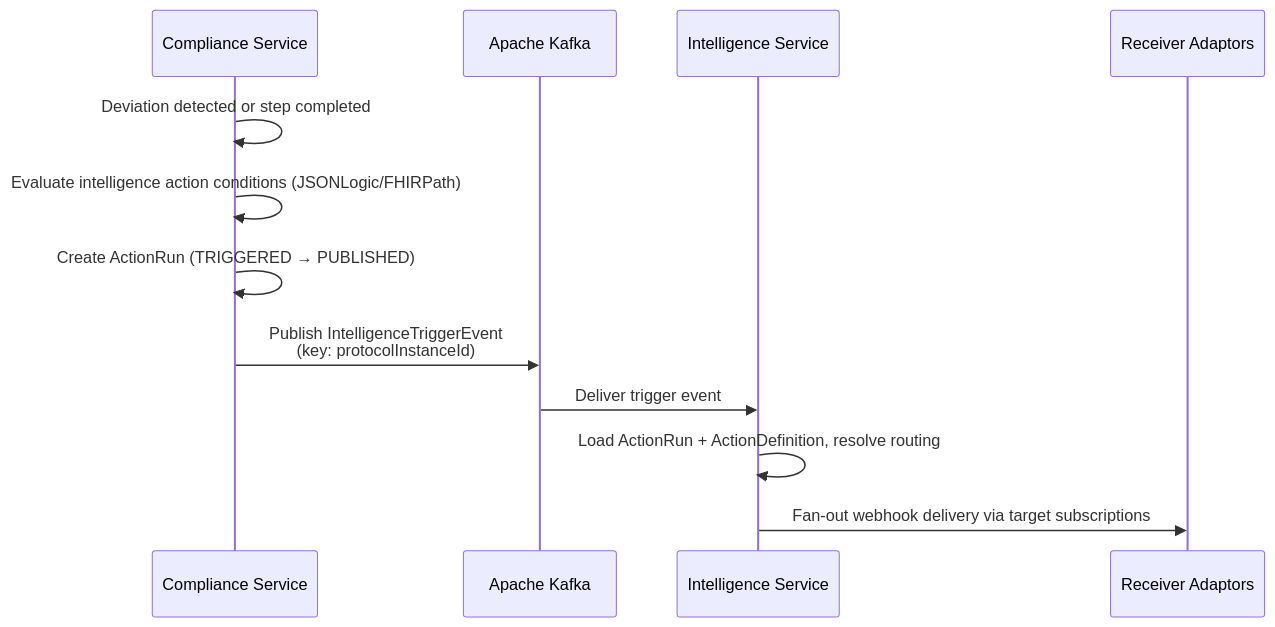
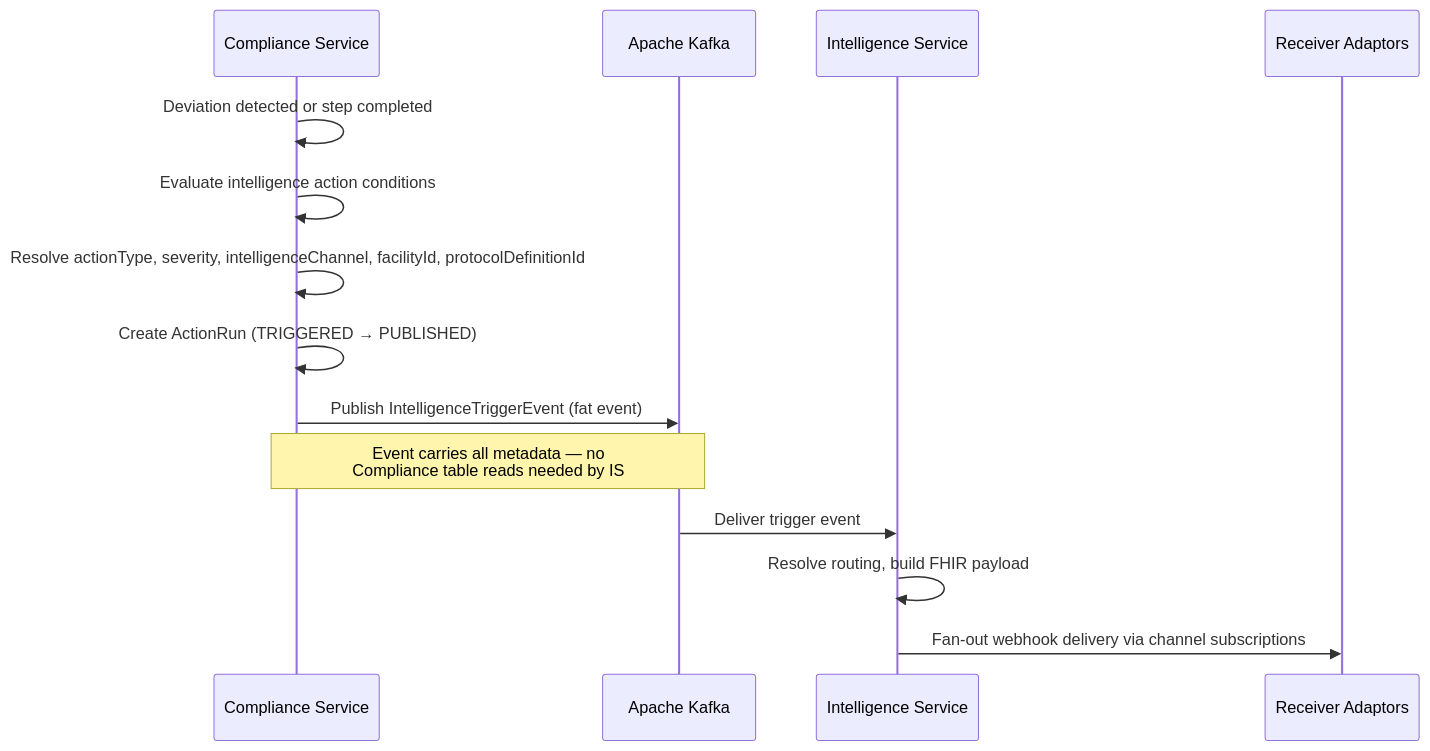
One commit to Jayaprakash8887/cce-intelligence-service changed the second of 6 diagrams in docs/architecture-overview.md. Above: the diagram before and after it, drawn with Mermaid. The commit also changed other lines of this file and 6 other files, not shown here.

Commit message:
documentation update with channel instead of target and FHIR rep of receiver adaptors

````diff
--- a/docs/architecture-overview.md
+++ b/docs/architecture-overview.md
@@ -68,15 +67,17 @@
 ```mermaid
 sequenceDiagram
     participant CS as Compliance Service
     participant Kafka as Apache Kafka
     participant IS as Intelligence Service
     participant RA as Receiver Adaptors
 
     CS->>CS: Deviation detected or step completed
-    CS->>CS: Evaluate intelligence action conditions (JSONLogic/FHIRPath)
+    CS->>CS: Evaluate intelligence action conditions
+    CS->>CS: Resolve actionType, severity, intelligenceChannel, facilityId, protocolDefinitionId
     CS->>CS: Create ActionRun (TRIGGERED → PUBLISHED)
-    CS->>Kafka: Publish IntelligenceTriggerEvent<br/>(key: protocolInstanceId)
+    CS->>Kafka: Publish IntelligenceTriggerEvent (fat event)
+    Note over CS,Kafka: Event carries all metadata — no<br/>Compliance table reads needed by IS
     Kafka->>IS: Deliver trigger event
-    IS->>IS: Load ActionRun + ActionDefinition, resolve routing
-    IS->>RA: Fan-out webhook delivery via target subscriptions
+    IS->>IS: Resolve routing, build FHIR payload
+    IS->>RA: Fan-out webhook delivery via channel subscriptions
 ```
````
